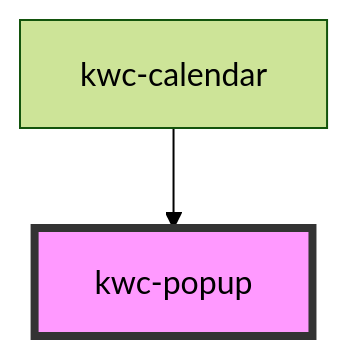
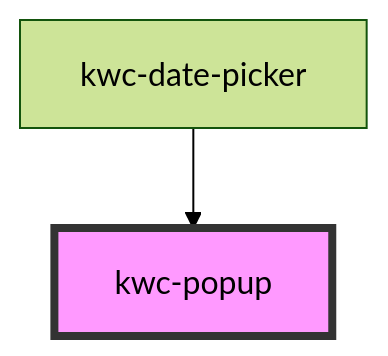
The diagram in src/components/kwc-popup/readme.md (kvlvgg/kwc-elements), drawn with Mermaid (forest theme) before and after one commit. The commit also changed other lines of this file and 25 other files, not shown here.

First line of the commit message:
Add kwc-date-picker and kwc-input-group components

````diff
--- a/src/components/kwc-popup/readme.md
+++ b/src/components/kwc-popup/readme.md
@@ -101,5 +94,5 @@
 ```mermaid
 graph TD;
-  kwc-calendar --> kwc-popup
+  kwc-date-picker --> kwc-popup
   style kwc-popup fill:#f9f,stroke:#333,stroke-width:4px
 ```
````
